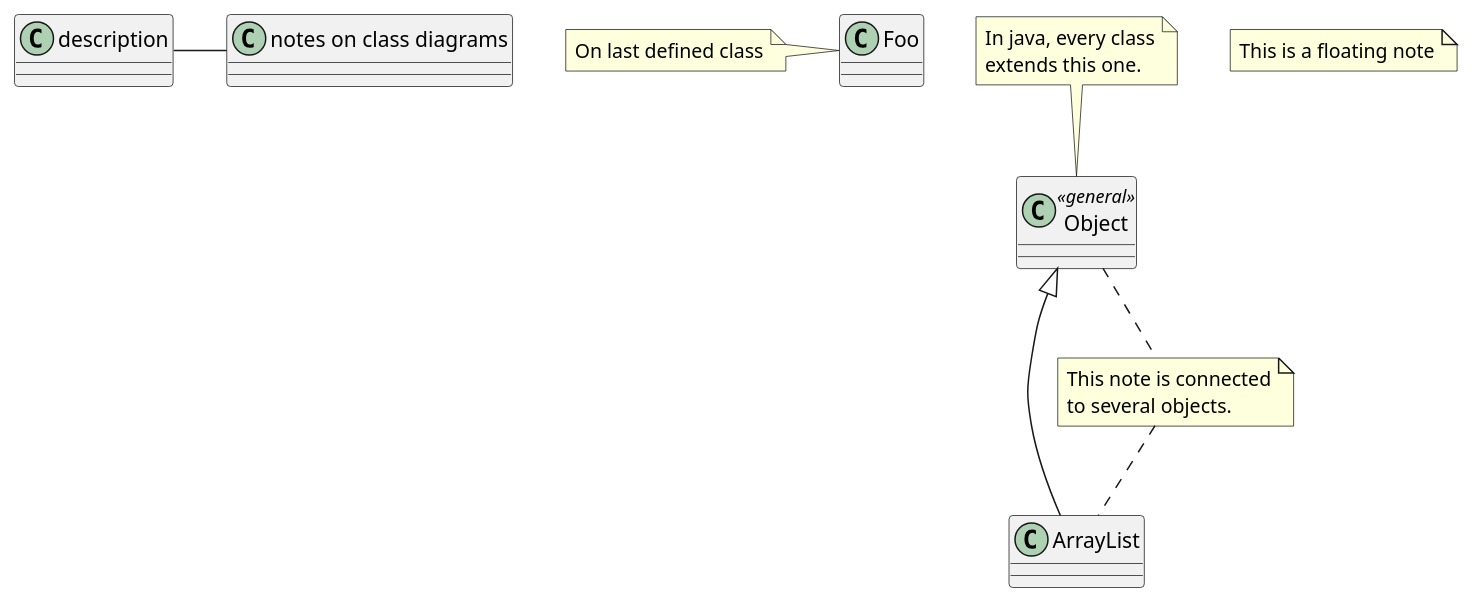
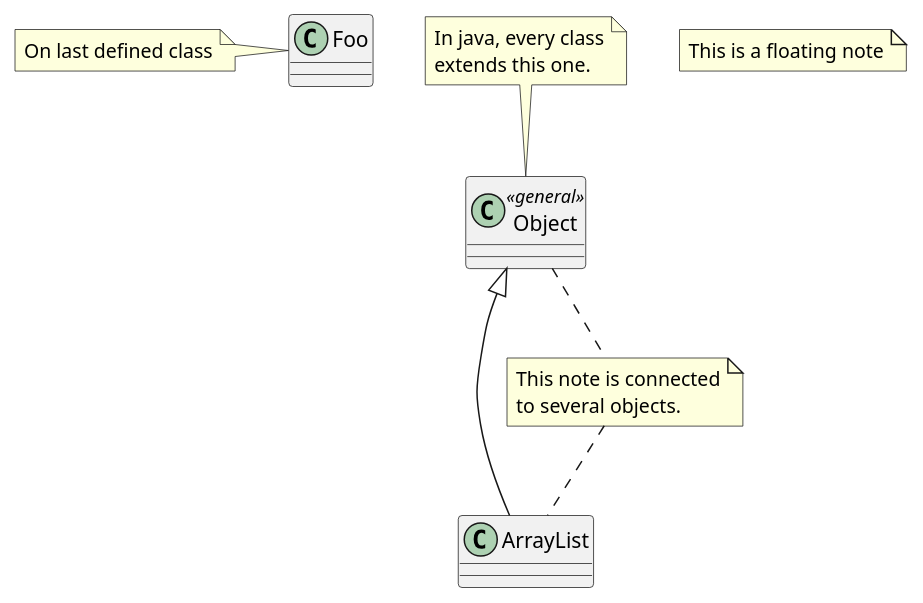
Diagram 11 of 38 in PlantUML/클래스-다이어그램.md (sogeuni/_wiki), drawn with PlantUML before and after one commit. The commit also changed other lines of this file, not shown here.

Commit message:
Updated 클래스 다이어그램 (markdown)

```diff
--- a/PlantUML/클래스-다이어그램.md
+++ b/PlantUML/클래스-다이어그램.md
@@ -329,16 +319,15 @@
 @startuml
-description - "notes on class diagrams"
 class Object << general >>
 Object <|--- ArrayList
 
 note top of Object : In java, every class\nextends this one.
 
 note "This is a floating note" as N1
 note "This note is connected\nto several objects." as N2
 Object .. N2
 N2 .. ArrayList
 
 class Foo
 note left: On last defined class
 
 @enduml
```
